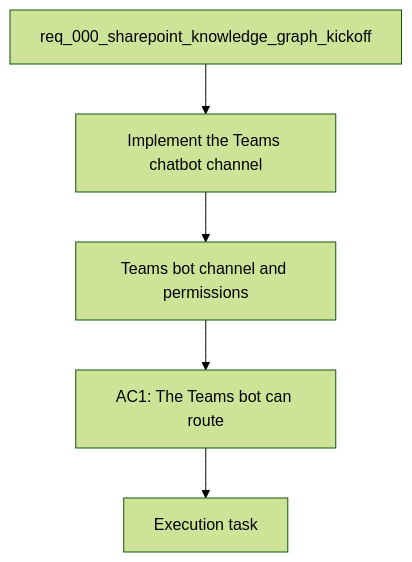
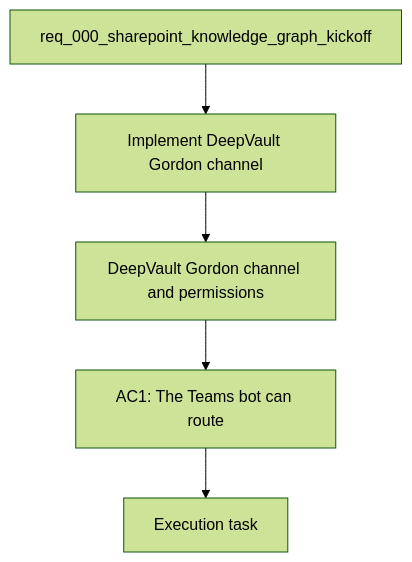
One commit to AlexAgo83/deepvault changed the diagram in logics/backlog/item_012_teams_bot_channel_and_permissions.md. Above: the diagram before and after it, drawn with Mermaid (forest theme). The commit also changed other lines of this file and 21 other files, not shown here.

Commit message:
Update DeepVault naming and Azure hosting docs

````diff
--- a/logics/backlog/item_012_teams_bot_channel_and_permissions.md
+++ b/logics/backlog/item_012_teams_bot_channel_and_permissions.md
@@ -23,9 +23,9 @@
 ```mermaid
 %% logics-kind: backlog
-%% logics-signature: backlog|teams-bot-channel-and-permissions|req-000-sharepoint-knowledge-graph-kicko|implement-the-governed-teams-chatbot-tha|ac1-the-teams-bot-can-route
+%% logics-signature: backlog|deepvault-gordon-channel-and-permissions|req-000-sharepoint-knowledge-graph-kicko|implement-the-governed-deepvault-gordon|ac1-deepvault-gordon-can-route
 flowchart TD
-    Request[req_000_sharepoint_knowledge_graph_kickoff] --> Problem[Implement the Teams chatbot channel]
-    Problem --> Scope[Teams bot channel and permissions]
+    Request[req_000_sharepoint_knowledge_graph_kickoff] --> Problem[Implement DeepVault Gordon channel]
+    Problem --> Scope[DeepVault Gordon channel and permissions]
     Scope --> Acceptance[AC1: The Teams bot can route]
     Acceptance --> Tasks[Execution task]
 ```
````
